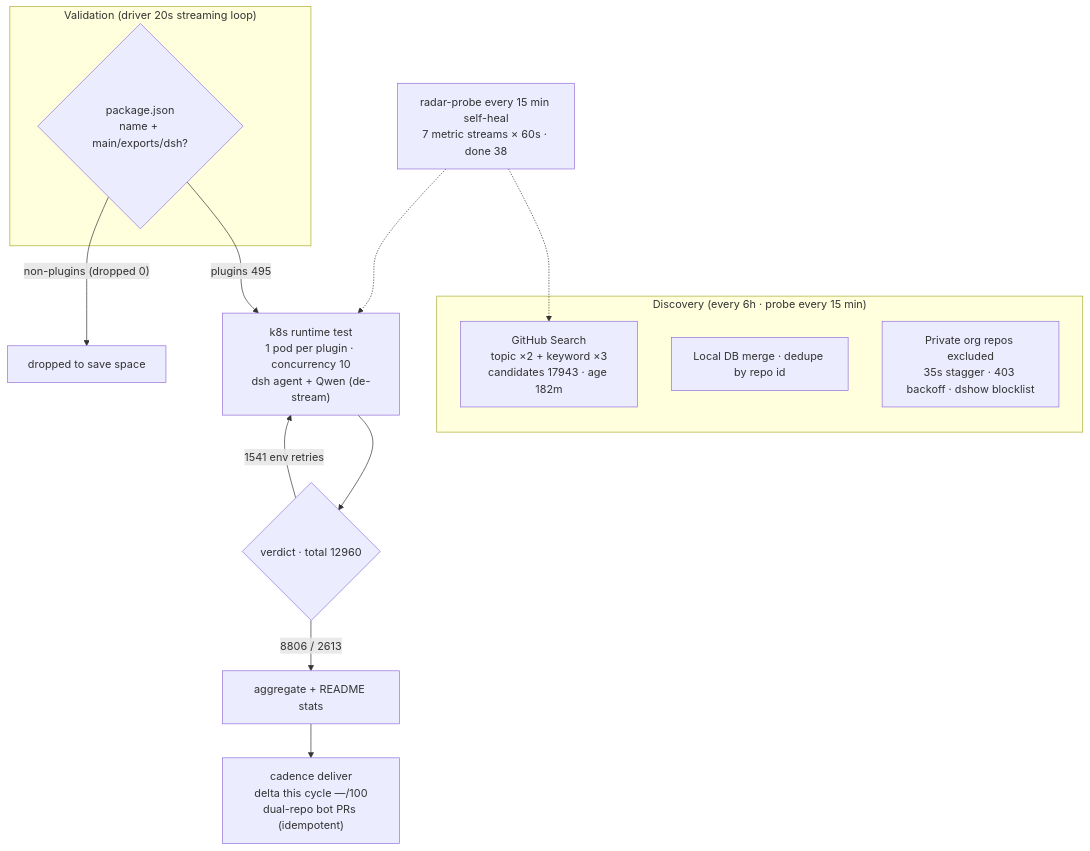
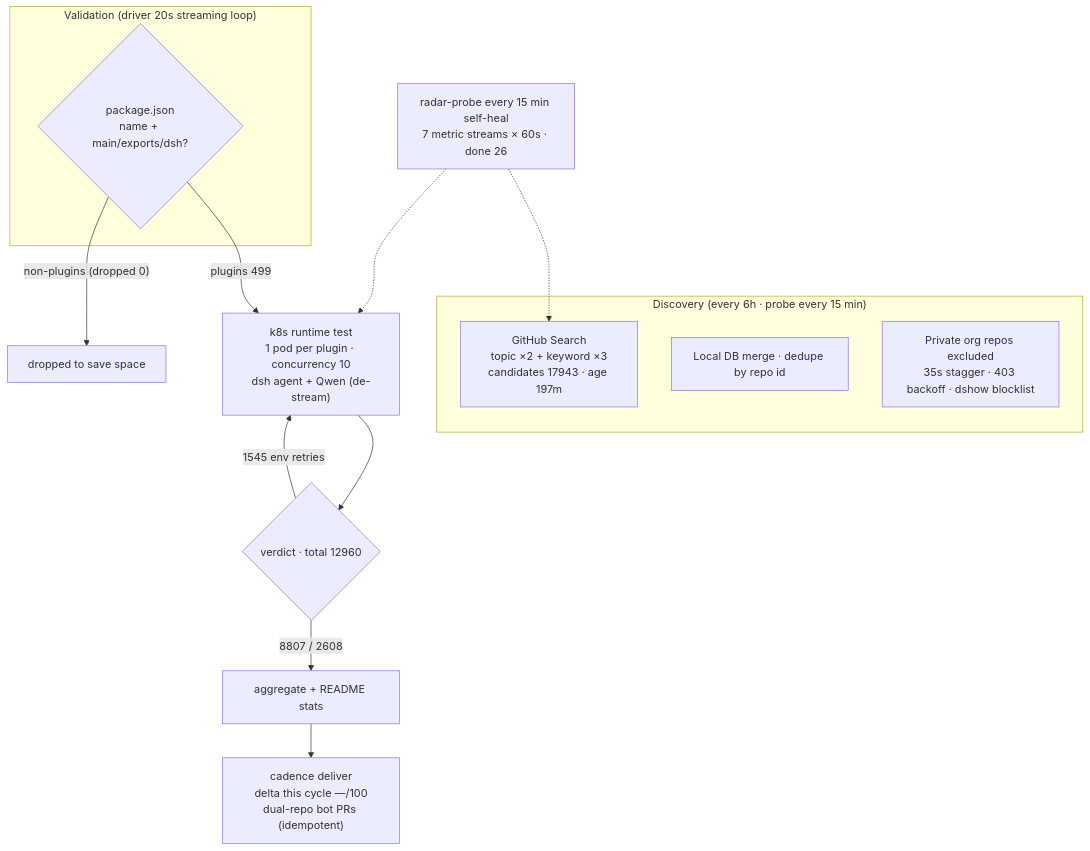
One commit to AdamPlatin123/awesome-dsh-plugins changed the diagram in README.en-US.md. Above: the diagram before and after it, drawn with Mermaid. The commit also changed other lines of this file and 5 other files, not shown here.

````diff
--- a/README.en-US.md
+++ b/README.en-US.md
@@ -45,20 +45,20 @@
 ```mermaid
 flowchart TB
     subgraph Discovery["Discovery (every 6h · probe every 15 min)"]
-        A1["GitHub Search<br/>topic ×2 + keyword ×3<br/>candidates 17943 · age 182m"]
+        A1["GitHub Search<br/>topic ×2 + keyword ×3<br/>candidates 17943 · age 197m"]
         A2["Local DB merge · dedupe by repo id"]
         A3["Private org repos excluded<br/>35s stagger · 403 backoff · dshow blocklist"]
     end
     subgraph Validation["Validation (driver 20s streaming loop)"]
         B1{"package.json<br/>name + main/exports/dsh?"}
     end
-    B1 -->|"plugins 495"| C1["k8s runtime test<br/>1 pod per plugin · concurrency 10<br/>dsh agent + Qwen (de-stream)"]
+    B1 -->|"plugins 499"| C1["k8s runtime test<br/>1 pod per plugin · concurrency 10<br/>dsh agent + Qwen (de-stream)"]
     B1 -->|"non-plugins (dropped 0)"| B3["dropped to save space"]
     C1 --> D1{"verdict · total 12960"}
-    D1 -->|"8806 / 2613"| E1["aggregate + README stats"]
-    D1 -->|"1541 env retries"| C1
+    D1 -->|"8807 / 2608"| E1["aggregate + README stats"]
+    D1 -->|"1545 env retries"| C1
     E1 --> E2["cadence deliver<br/>delta this cycle —/100<br/>dual-repo bot PRs (idempotent)"]
-    M["radar-probe every 15 min self-heal<br/>7 metric streams × 60s · done 38"]
+    M["radar-probe every 15 min self-heal<br/>7 metric streams × 60s · done 26"]
     M -.-> A1
     M -.-> C1
 ```
````
